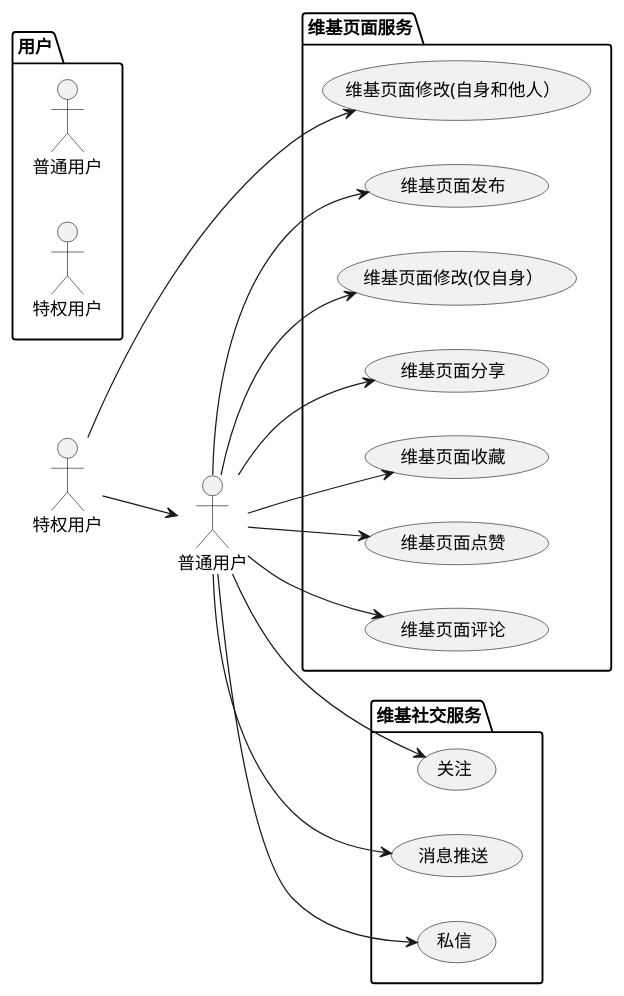
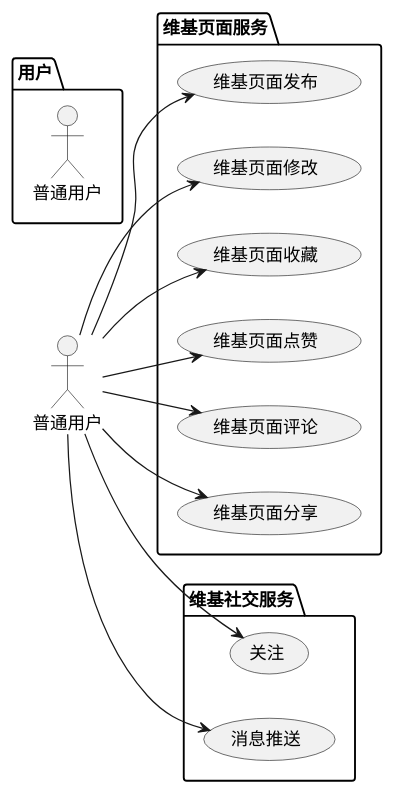
Before and after one commit to Jocoboy/Food-Wiki-For-Android: the first of 2 diagrams in README.md, drawn with PlantUML. The commit also changed other lines of this file and 11 other files, not shown here.

````diff
--- a/README.md
+++ b/README.md
@@ -30,36 +30,29 @@
 ```plantuml
 @startuml
 left to right direction
 actor 普通用户 as g
-actor 特权用户 as h
 package 用户{
   actor 普通用户as c
-  actor "特权用户" as fc
 }
 package 维基页面服务{
   usecase "维基页面发布" as UC1
-  usecase "维基页面修改(仅自身）" as UC2
-  usecase "维基页面修改(自身和他人）" as UC10
+  usecase "维基页面修改" as UC2
   usecase "维基页面收藏" as UC3
   usecase "维基页面点赞" as UC4
   usecase "维基页面评论" as UC5
   usecase "维基页面分享" as UC6
 }
 package 维基社交服务{
   usecase "关注" as UC7
   usecase "消息推送" as UC8
-  usecase "私信" as UC9
 }
 g --> UC1
 g --> UC2
 g --> UC3
 g --> UC4
 g --> UC5
 g --> UC6
 g --> UC7
 g --> UC8
-g --> UC9
-h --> g
-h --> UC10
 @enduml
 ```
````
